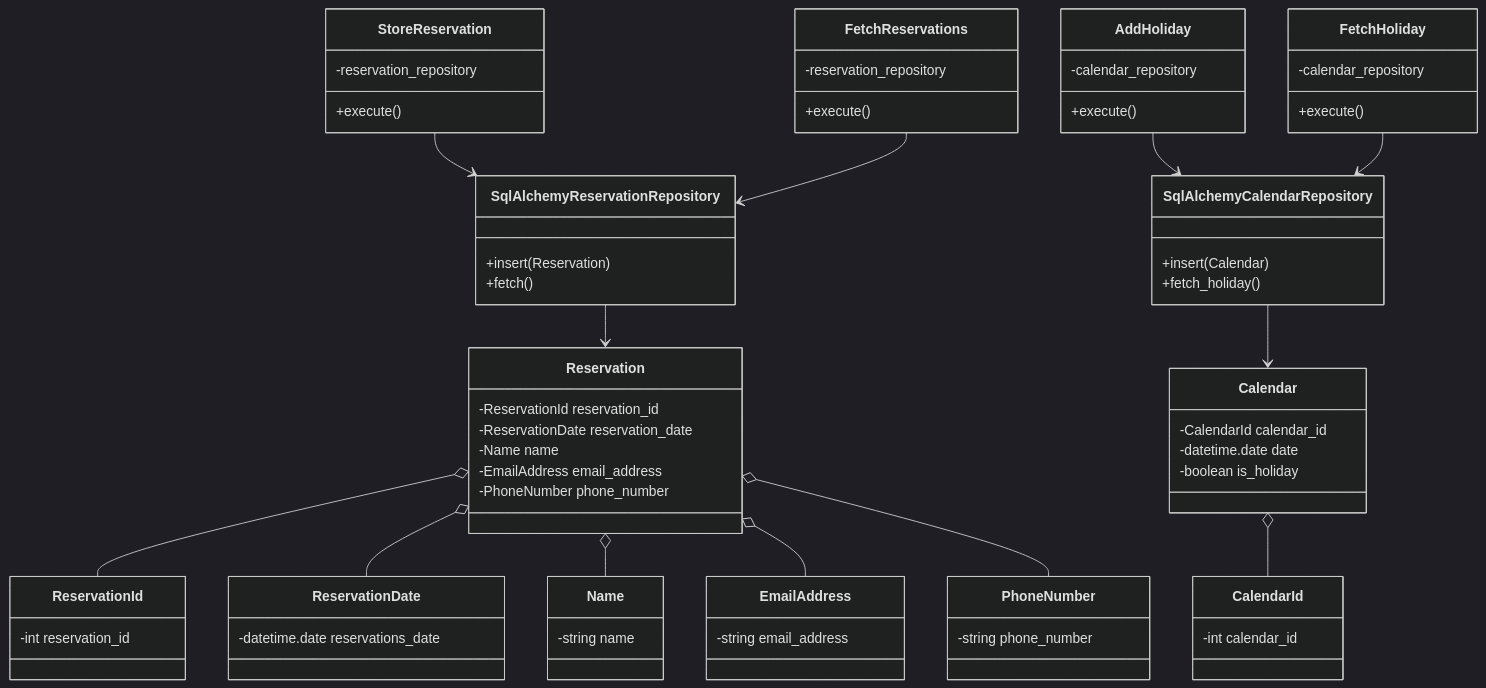
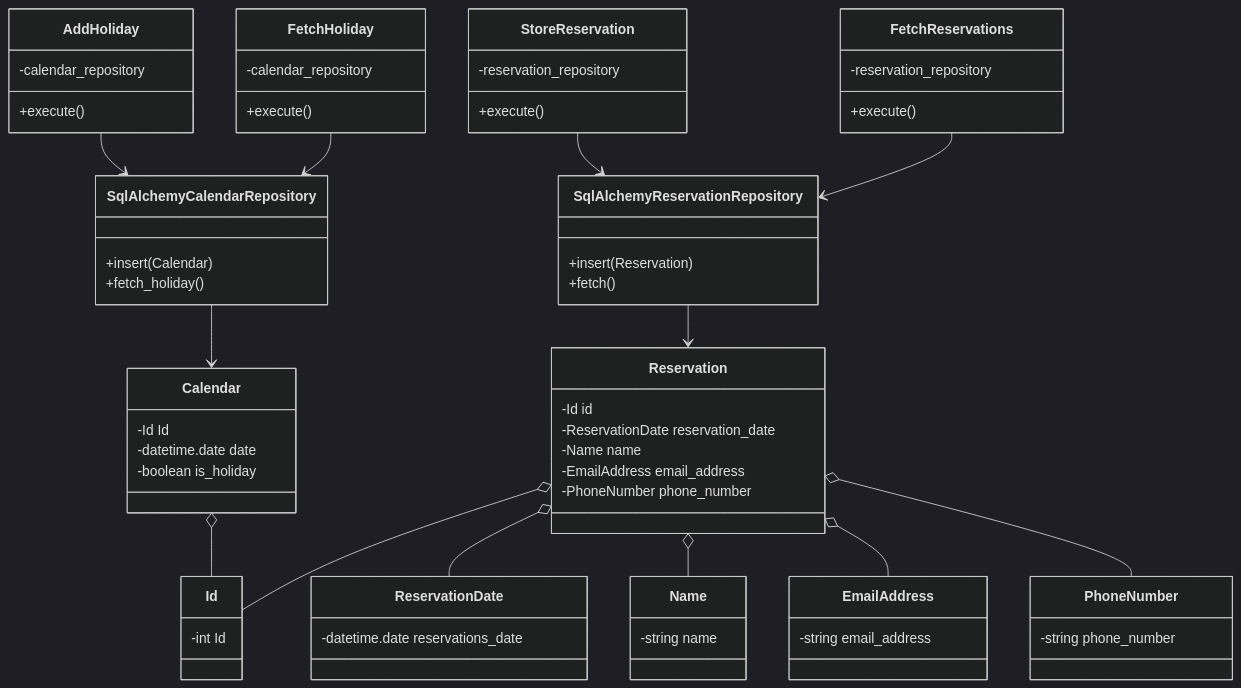
Before and after one commit to nakajima97/fastapi-react-reservation-form-object-oriented: the diagram in documents/api-class-diagram.md, drawn with Mermaid (dark theme).

Commit message:
#17 idはentity専用に作成する必要性なさそうなので共通で利用するようにした

````diff
--- a/documents/api-class-diagram.md
+++ b/documents/api-class-diagram.md
@@ -1,76 +1,73 @@
 ```mermaid
 classDiagram
     StoreReservation --> SqlAlchemyReservationRepository
     class StoreReservation{
       -reservation_repository
       +execute()
     }
 
     FetchReservations --> SqlAlchemyReservationRepository
     class FetchReservations {
       -reservation_repository
       +execute()
     }
 
     SqlAlchemyReservationRepository --> Reservation
     class SqlAlchemyReservationRepository{
       +insert(Reservation)
       +fetch()
     }
 
-    Reservation o-- ReservationId
+    Reservation o-- Id
     Reservation o-- ReservationDate
     Reservation o-- Name
     Reservation o-- EmailAddress
     Reservation o-- PhoneNumber
     class Reservation{
-      -ReservationId reservation_id
+      -Id id
       -ReservationDate reservation_date
       -Name name
       -EmailAddress email_address
       -PhoneNumber phone_number
-    }
-    class ReservationId{
-      -int reservation_id
     }
     class ReservationDate{
       -datetime.date reservations_date
     }
     class Name{
       -string name
     }
     class EmailAddress{
       -string email_address
     }
     class PhoneNumber{
       -string phone_number
     }
 
     AddHoliday --> SqlAlchemyCalendarRepository
     class AddHoliday{
       -calendar_repository
       +execute()
     }
 
     FetchHoliday --> SqlAlchemyCalendarRepository
     class FetchHoliday{
       -calendar_repository
       +execute()
     }
 
     SqlAlchemyCalendarRepository --> Calendar
     class SqlAlchemyCalendarRepository{
       +insert(Calendar)
       +fetch_holiday()
     }
 
-    Calendar o-- CalendarId
+    Calendar o-- Id
     class Calendar{
-      -CalendarId calendar_id
+      -Id Id
       -datetime.date date
       -boolean is_holiday
     }
-    class CalendarId{
-      -int calendar_id
+    class Id{
+      -int Id
     }
 ```
````
